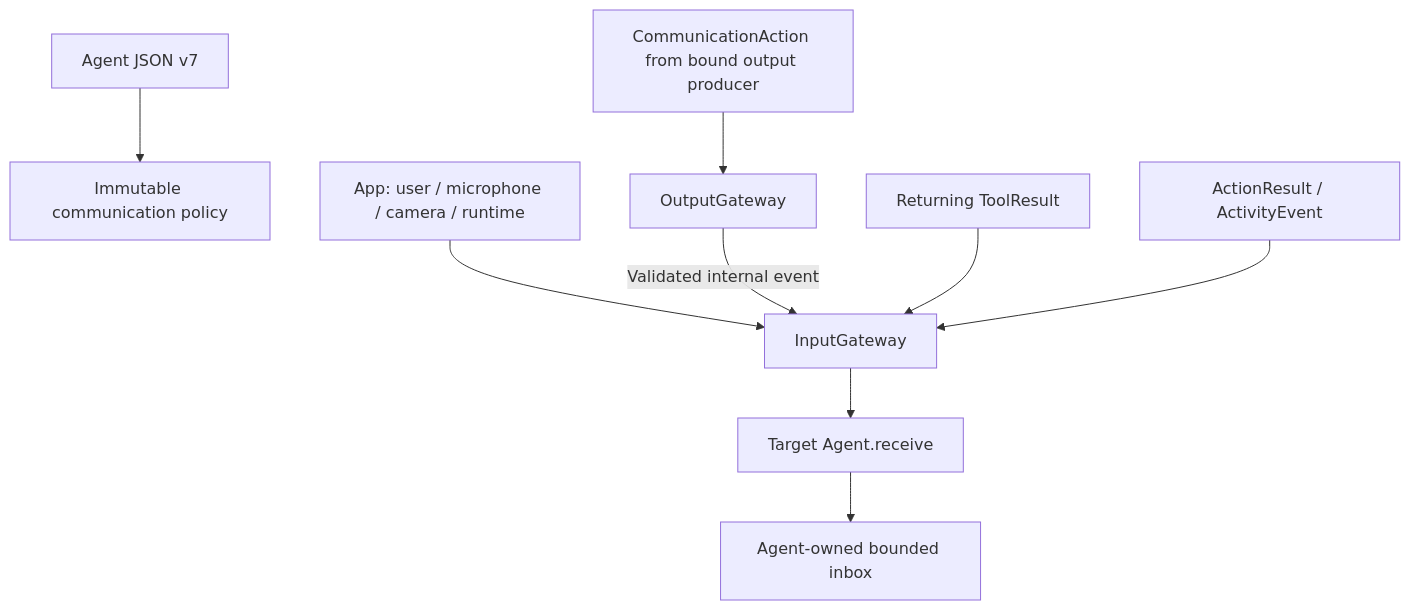
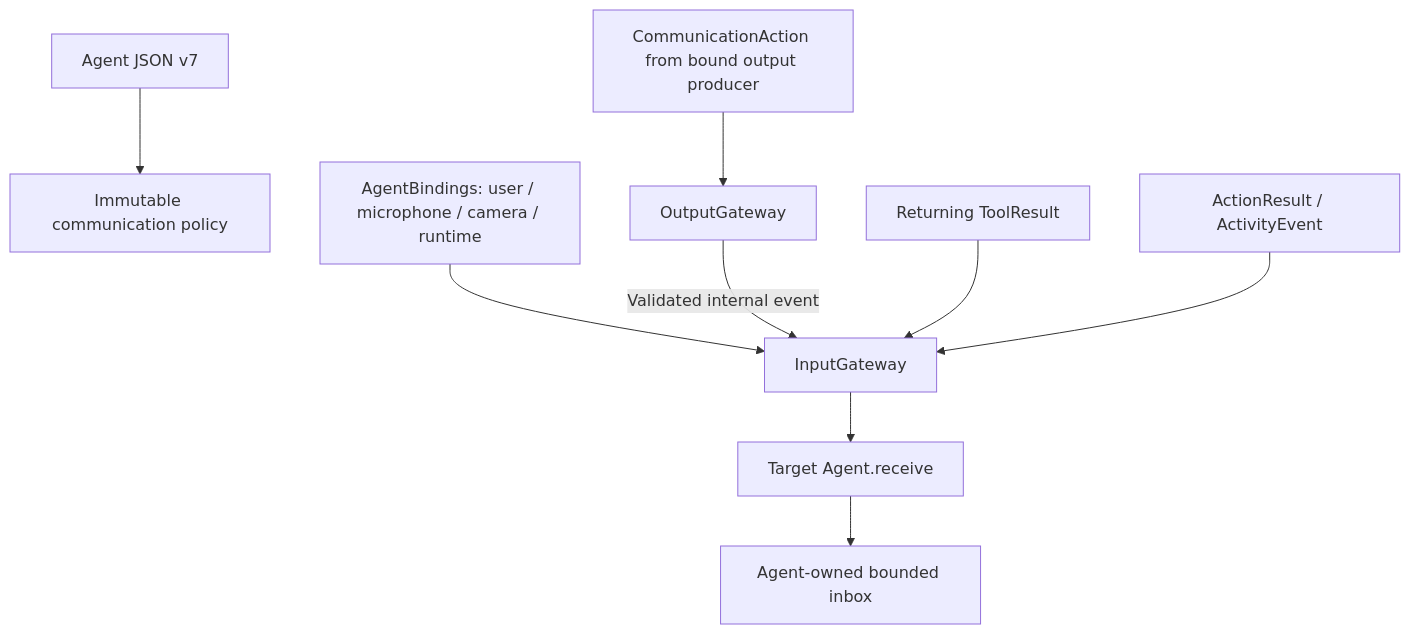
Before and after one commit to devilyouwei/MobileHarness: the fifth of 32 diagrams in MobileHarness/README.md, drawn with Mermaid. The commit also changed other lines of this file and 254 other files, not shown here.

First line of the commit message:
refactor: isolate app composition and module bindings

````diff
--- a/MobileHarness/README.md
+++ b/MobileHarness/README.md
@@ -472,11 +435,11 @@
 ```mermaid
 flowchart TD
     Config[Agent JSON v7] --> Policy[Immutable communication policy]
-    External[App: user / microphone / camera / runtime] --> Input[InputGateway]
+    External[AgentBindings: user / microphone / camera / runtime] --> Input[InputGateway]
     Sender[CommunicationAction from bound output producer] --> Output[OutputGateway]
     Output -->|Validated internal event| Input
     Tool[Returning ToolResult] --> Input
     Runtime[ActionResult / ActivityEvent] --> Input
     Input --> Target[Target Agent.receive]
     Target --> Inbox[Agent-owned bounded inbox]
 ```
````
